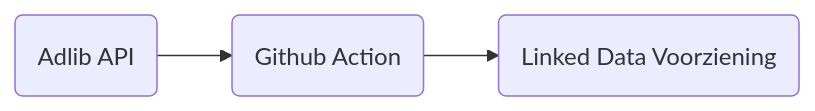
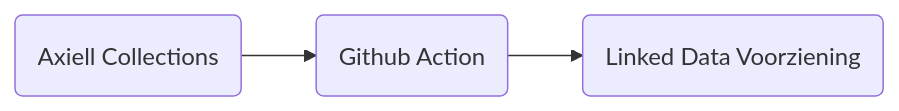
One commit to cultureelerfgoed/kunstcollecties-etl changed the first of 3 diagrams in README.md. Above: the diagram before and after it, drawn with Mermaid. The commit also changed other lines of this file, not shown here.

````diff
--- a/README.md
+++ b/README.md
@@ -3,4 +3,4 @@
 ```mermaid
 flowchart LR;
-    Adlib(Adlib API) --> ETL(Github Action) --> LDV(Linked Data Voorziening)
+    Axiell(Axiell Collections) --> ETL(Github Action) --> LDV(Linked Data Voorziening)
 ```
````
